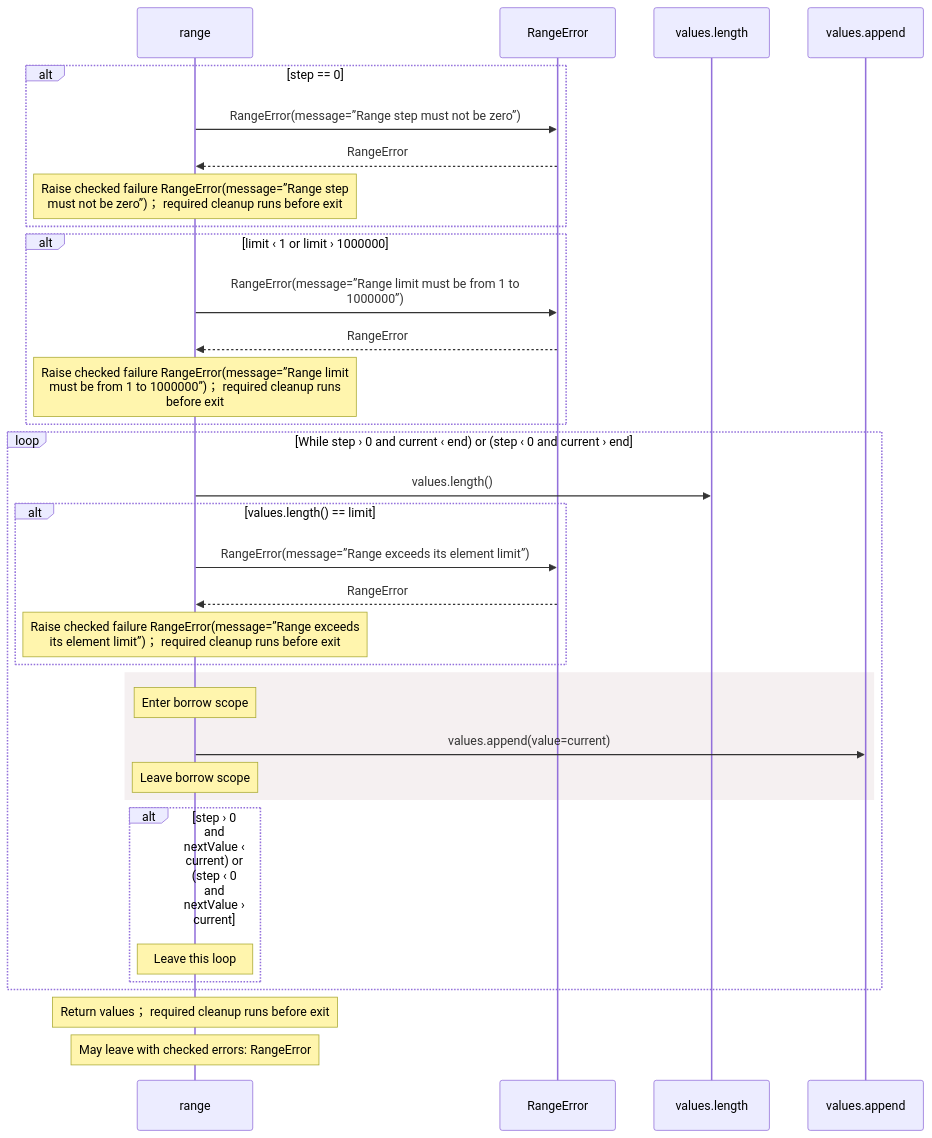
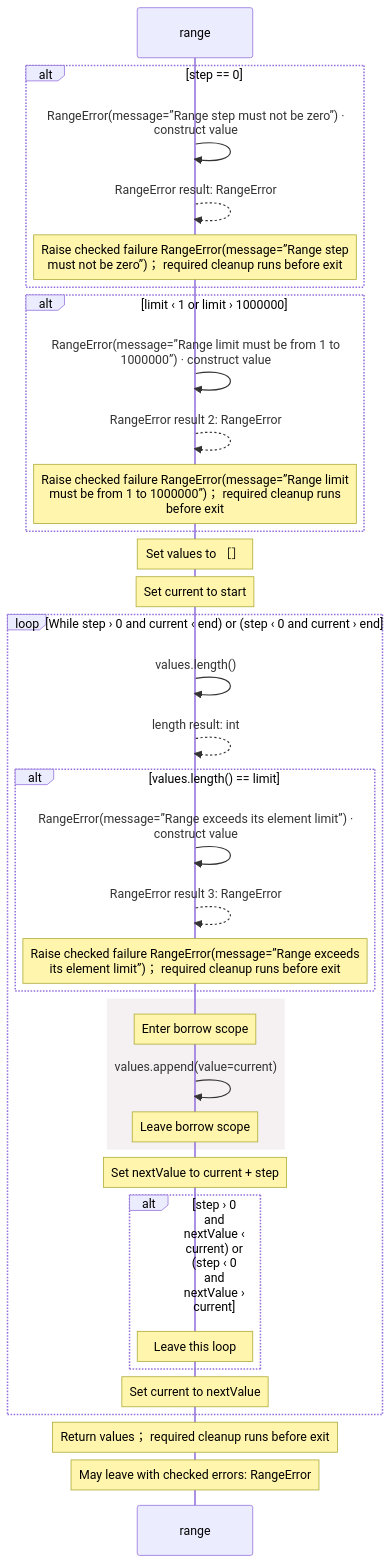
The diagram in src/stdlib/collections/ranges.aug.diagrams.md (GreenPandaStudios/augscript), drawn with Mermaid before and after one commit. The commit also changed other lines of this file and 304 other files, not shown here.

Commit message:
Make generated data-flow sequences concise and review every diagram

````diff
--- a/src/stdlib/collections/ranges.aug.diagrams.md
+++ b/src/stdlib/collections/ranges.aug.diagrams.md
@@ -38,35 +26,38 @@
 ```mermaid
 sequenceDiagram
     participant p0 as range
-    participant p1 as RangeError
-    participant p2 as values.length
-    participant p3 as values.append
+
     alt step == 0
-    p0->>p1: RangeError(message=”Range step must not be zero”)
-    p1-->>p0: RangeError
+    p0->>p0: RangeError(message=”Range step must not be zero”) ·<br/>construct value
+    p0-->>p0: RangeError result: RangeError
     Note over p0: Raise checked failure RangeError(message=”Range step<br/>must not be zero”)； required cleanup runs before exit
     end
     alt limit ‹ 1 or limit › 1000000
-    p0->>p1: RangeError(message=”Range limit must be from 1 to<br/>1000000”)
-    p1-->>p0: RangeError
+    p0->>p0: RangeError(message=”Range limit must be from 1 to<br/>1000000”) · construct value
+    p0-->>p0: RangeError result 2: RangeError
     Note over p0: Raise checked failure RangeError(message=”Range limit<br/>must be from 1 to 1000000”)； required cleanup runs<br/>before exit
     end
+    Note over p0: Set values to ［］
+    Note over p0: Set current to start
     loop While step › 0 and current ‹ end) or (step ‹ 0 and current › end
-    p0->>p2: values.length()
+    p0->>p0: values.length()
+    p0-->>p0: length result: int
     alt values.length() == limit
-    p0->>p1: RangeError(message=”Range exceeds its element limit”)
-    p1-->>p0: RangeError
+    p0->>p0: RangeError(message=”Range exceeds its element limit”) ·<br/>construct value
+    p0-->>p0: RangeError result 3: RangeError
     Note over p0: Raise checked failure RangeError(message=”Range exceeds<br/>its element limit”)； required cleanup runs before exit
     end
     rect rgb(245, 240, 241)
     Note over p0: Enter borrow scope
-    p0->>p3: values.append(value=current)
+    p0->>p0: values.append(value=current)
     Note over p0: Leave borrow scope
     end
+    Note over p0: Set nextValue to current + step
     alt step › 0 and nextValue ‹ current) or (step ‹ 0 and nextValue › current
     Note over p0: Leave this loop
     end
+    Note over p0: Set current to nextValue
     end
     Note over p0: Return values； required cleanup runs before exit
     Note over p0: May leave with checked errors: RangeError
 ```
````
